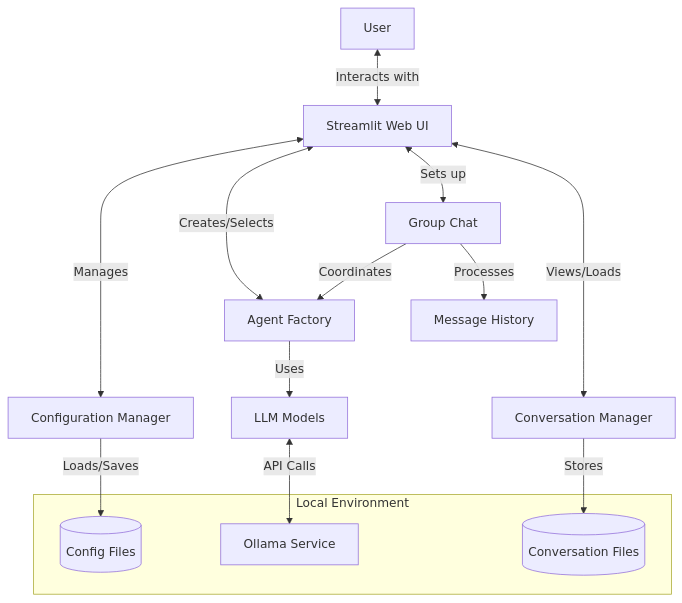
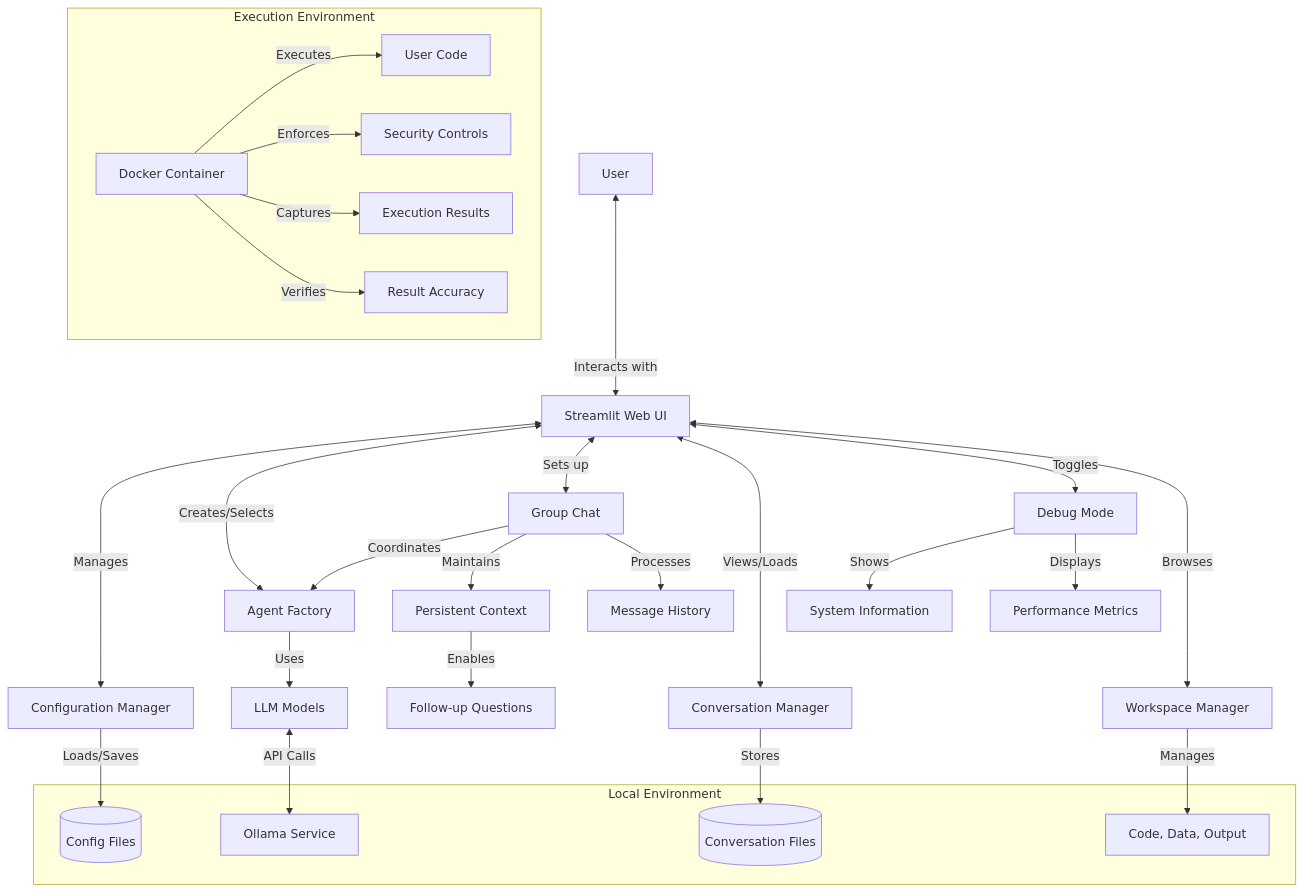
The first of 5 diagrams in README.md (egkristi/llm-langgraph), drawn with Mermaid before and after one commit. The commit also changed other lines of this file, not shown here.

Commit message:
feat: add persistent context and workspace management to system architecture diagrams

````diff
--- a/README.md
+++ b/README.md
@@ -28,22 +28,38 @@
 ```mermaid
 graph TD
     User[User] <--> |Interacts with| WebUI[Streamlit Web UI]
     WebUI <--> |Manages| Config[Configuration Manager]
     WebUI <--> |Creates/Selects| Agents[Agent Factory]
     WebUI <--> |Sets up| GroupChat[Group Chat]
     WebUI <--> |Views/Loads| Convos[Conversation Manager]
+    WebUI <--> |Toggles| Debug[Debug Mode]
+    WebUI <--> |Browses| Workspace[Workspace Manager]
     
     Config --> |Loads/Saves| ConfigFiles[(Config Files)]
     Agents --> |Uses| LLMs[LLM Models]
     GroupChat --> |Coordinates| Agents
+    GroupChat --> |Maintains| Context[Persistent Context]
     GroupChat --> |Processes| Messages[Message History]
+    Context --> |Enables| FollowUp[Follow-up Questions]
     Convos --> |Stores| ConvoFiles[(Conversation Files)]
+    Workspace --> |Manages| WorkFiles[Code, Data, Output]
     
     LLMs <--> |API Calls| Ollama[Ollama Service]
+    
+    subgraph Execution Environment
+        Docker[Docker Container] --> |Executes| Code[User Code]
+        Docker --> |Enforces| Security[Security Controls]
+        Docker --> |Captures| Output[Execution Results]
+        Docker --> |Verifies| Results[Result Accuracy]
+    end
     
     subgraph Local Environment
         ConfigFiles
         ConvoFiles
+        WorkFiles
         Ollama
     end
+    
+    Debug --> |Shows| DebugInfo[System Information]
+    Debug --> |Displays| Timing[Performance Metrics]
 ```
````
